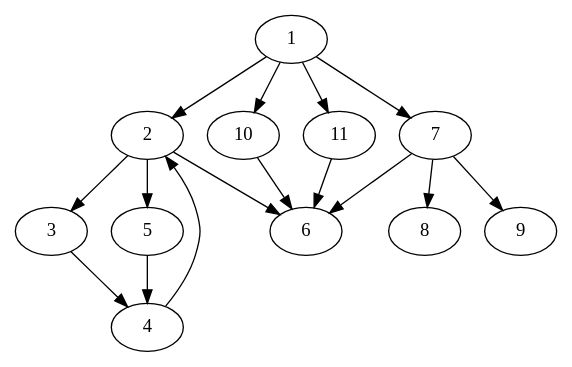
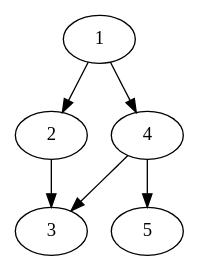
Before and after one commit to Rogielgit/GfcforTeste: the diagram in graph.dot, drawn with Graphviz. The commit also changed 6 other files, not shown here.

```diff
--- a/graph.dot
+++ b/graph.dot
@@ -1,17 +1,7 @@
 digraph {
+1 -> 2
 2 -> 3
-4 -> 2
-3 -> 4
-2 -> 5
-5 -> 4
-1 -> 2
-2 -> 6
-7 -> 8
-7 -> 9
-1 -> 7
-7 -> 6
-1 -> 10
-10 -> 6
-1 -> 11
-11 -> 6
+4 -> 5
+1 -> 4
+4 -> 3
 }
```
